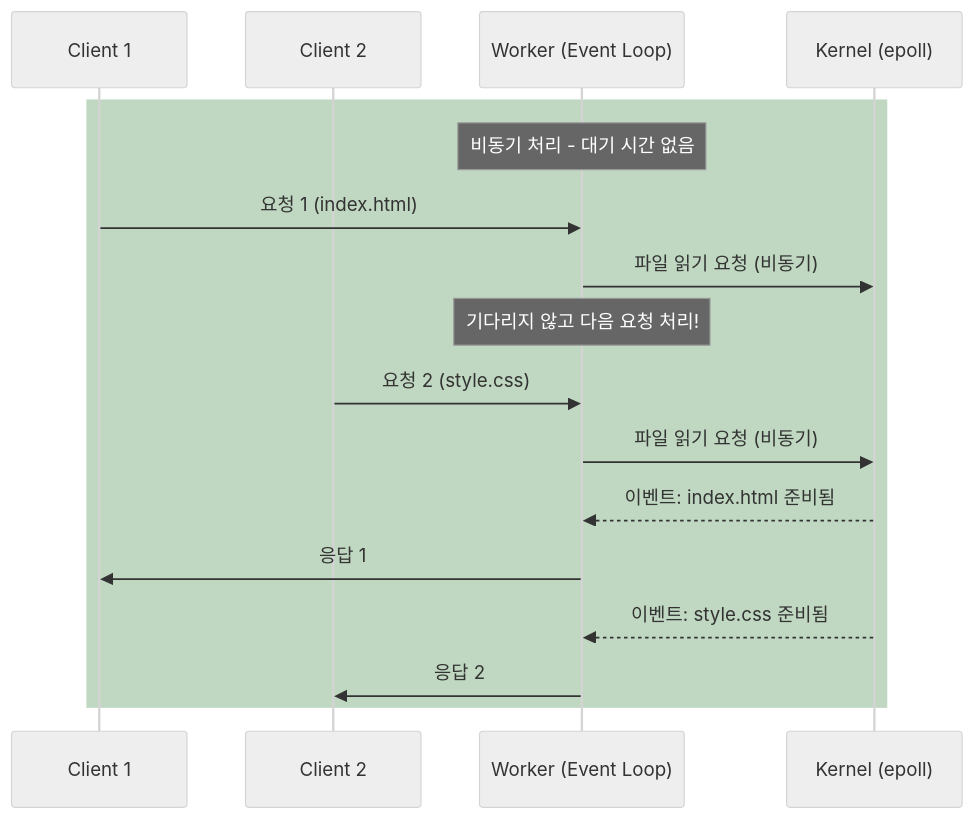
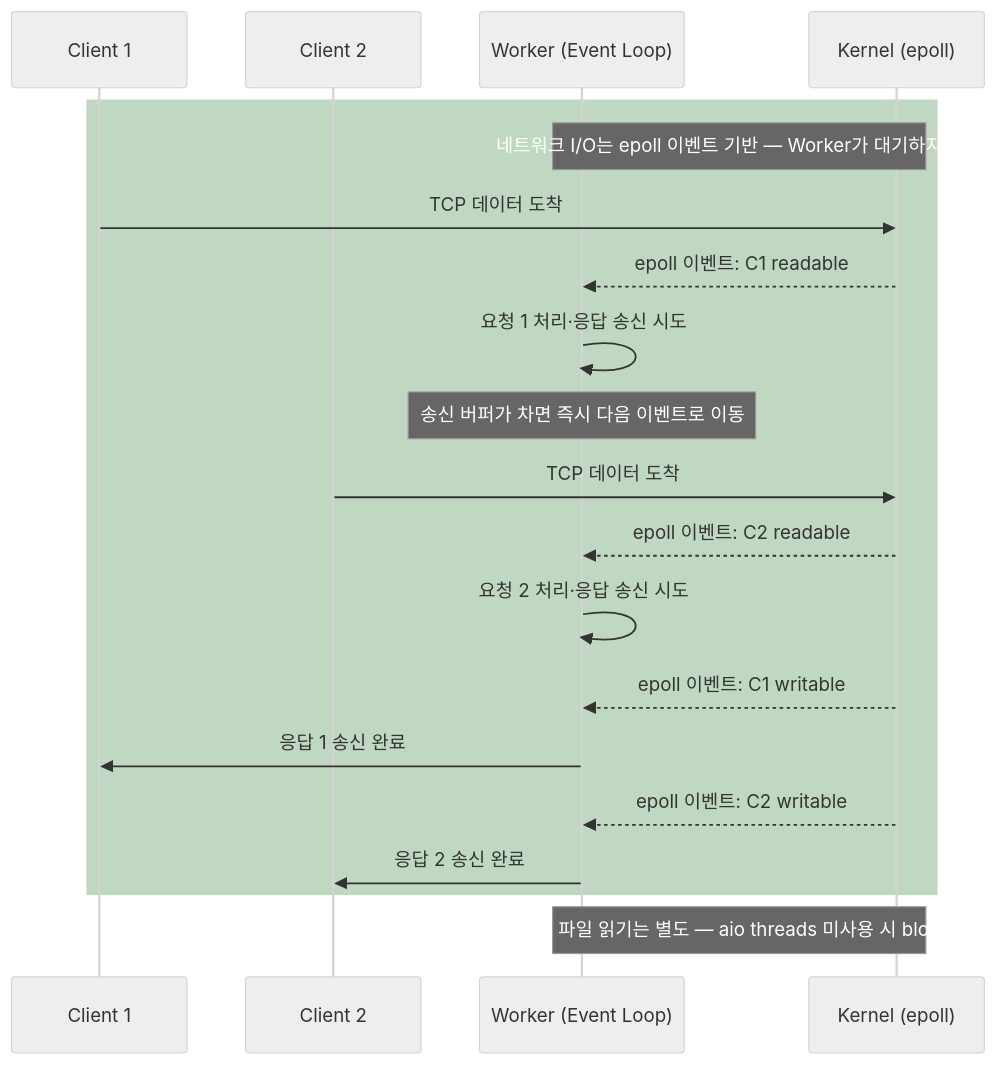
One commit to sskim91/TIL changed the fifth of 6 diagrams in nginx/C10K-문제-Apache와-NGINX가-선택한-서로-다른-길.md. Above: the diagram before and after it, drawn with Mermaid (neutral theme). The commit also changed other lines of this file and 5 other files, not shown here.

````diff
--- a/nginx/C10K-문제-Apache와-NGINX가-선택한-서로-다른-길.md
+++ b/nginx/C10K-문제-Apache와-NGINX가-선택한-서로-다른-길.md
@@ -212,20 +214,24 @@
 ```mermaid
 sequenceDiagram
     participant C1 as Client 1
     participant C2 as Client 2
     participant W as Worker (Event Loop)
     participant K as Kernel (epoll)
 
     rect rgba(46, 125, 50, 0.3)
-        Note over W: 비동기 처리 - 대기 시간 없음
-        C1->>W: 요청 1 (index.html)
-        W->>K: 파일 읽기 요청 (비동기)
-        Note over W: 기다리지 않고 다음 요청 처리!
-        C2->>W: 요청 2 (style.css)
-        W->>K: 파일 읽기 요청 (비동기)
-        K-->>W: 이벤트: index.html 준비됨
-        W->>C1: 응답 1
-        K-->>W: 이벤트: style.css 준비됨
-        W->>C2: 응답 2
+        Note over W,K: 네트워크 I/O는 epoll 이벤트 기반 — Worker가 대기하지 않음
+        C1->>K: TCP 데이터 도착
+        K-->>W: epoll 이벤트: C1 readable
+        W->>W: 요청 1 처리·응답 송신 시도
+        Note over W: 송신 버퍼가 차면 즉시 다음 이벤트로 이동
+        C2->>K: TCP 데이터 도착
+        K-->>W: epoll 이벤트: C2 readable
+        W->>W: 요청 2 처리·응답 송신 시도
+        K-->>W: epoll 이벤트: C1 writable
+        W->>C1: 응답 1 송신 완료
+        K-->>W: epoll 이벤트: C2 writable
+        W->>C2: 응답 2 송신 완료
     end
+
+    Note over W,K: (디스크 파일 읽기는 별도 — aio threads 미사용 시 blocking)
 ```
````
